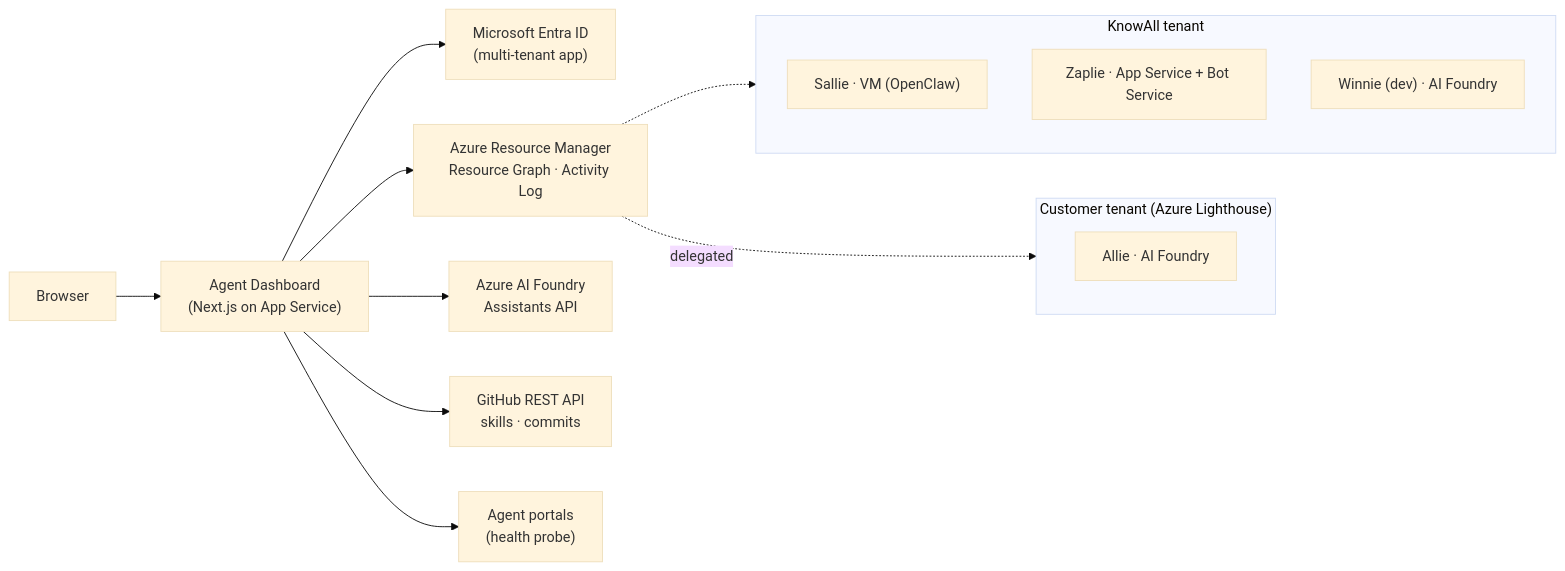
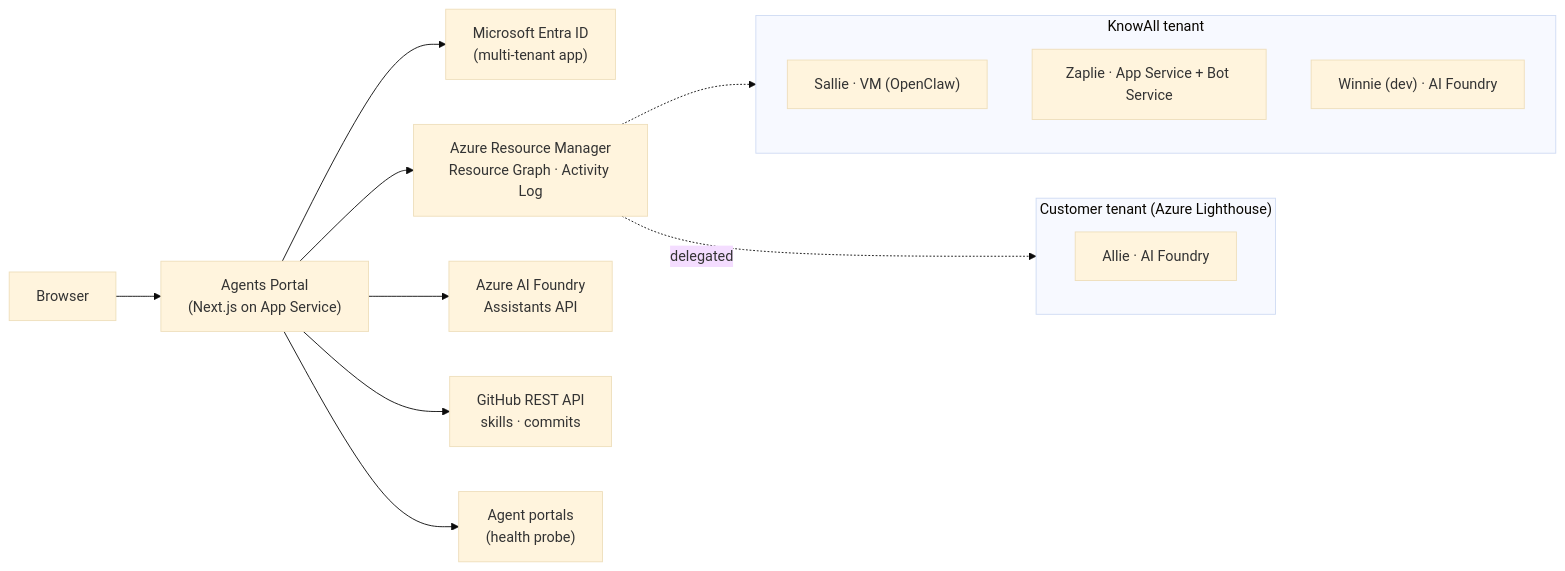
The diagram in docs/SOLUTION_DESIGN.adoc (knowall-ai/agents-portal), drawn with Mermaid (base theme) before and after one commit. The commit also changed other lines of this file and 27 other files, not shown here.

First line of the commit message:
Rename Agent Dashboard to Agents Portal

```diff
--- a/docs/SOLUTION_DESIGN.adoc
+++ b/docs/SOLUTION_DESIGN.adoc
@@ -14,21 +14,21 @@
 [mermaid]
 ....
 flowchart LR
-    Browser["Browser"] --> App["Agent Dashboard<br/>(Next.js on App Service)"]
+    Browser["Browser"] --> App["Agents Portal<br/>(Next.js on App Service)"]
     App --> Entra["Microsoft Entra ID<br/>(multi-tenant app)"]
     App --> ARM["Azure Resource Manager<br/>Resource Graph · Activity Log"]
     App --> Foundry["Azure AI Foundry<br/>Assistants API"]
     App --> GitHub["GitHub REST API<br/>skills · commits"]
     App --> Portal["Agent portals<br/>(health probe)"]
 
     subgraph KnowAll["KnowAll tenant"]
         Sallie["Sallie · VM (OpenClaw)"]
         Zaplie["Zaplie · App Service + Bot Service"]
         Winnie["Winnie (dev) · AI Foundry"]
     end
     subgraph Customer["Customer tenant (Azure Lighthouse)"]
         Allie["Allie · AI Foundry"]
     end
     ARM -.-> KnowAll
     ARM -.->|delegated| Customer
 ....
```
